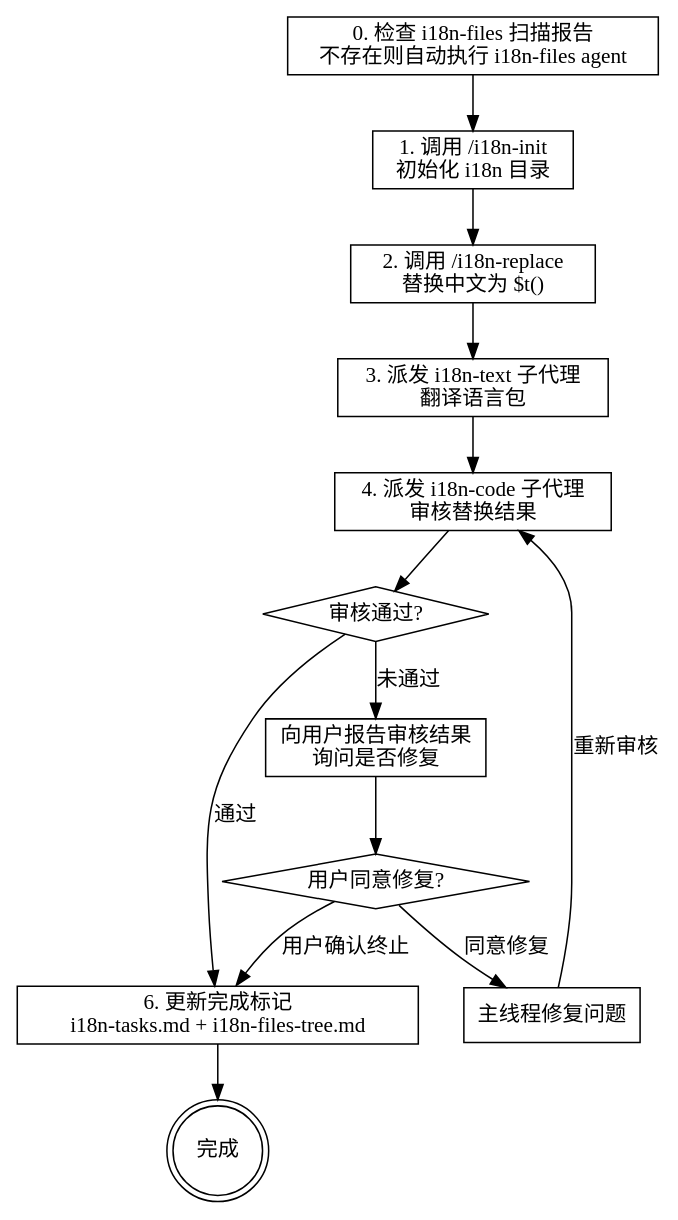
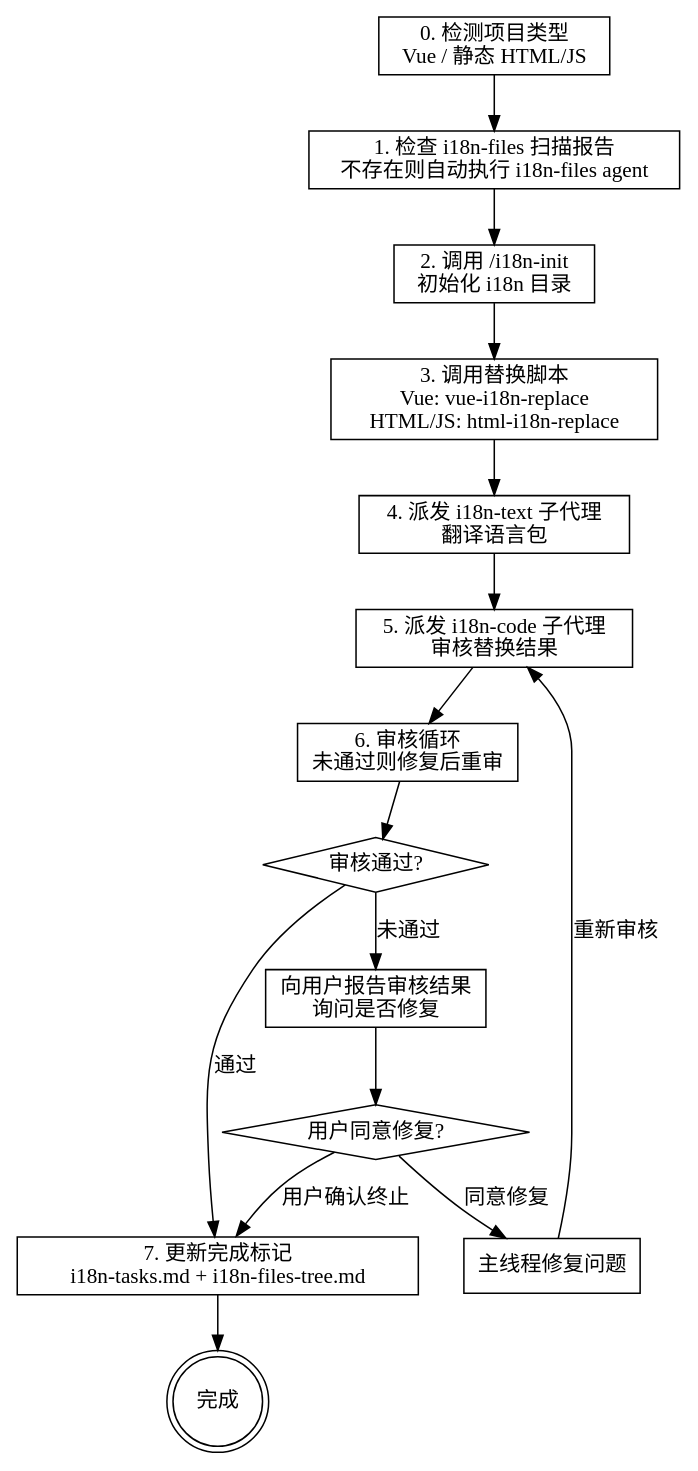
The diagram in skills/i18n-workflow/SKILL.md (Chyelong/i18n-vue-plugin), drawn with Graphviz before and after one commit. The commit also changed other lines of this file and 13 other files, not shown here.

````diff
--- a/skills/i18n-workflow/SKILL.md
+++ b/skills/i18n-workflow/SKILL.md
@@ -27,29 +42,33 @@
 ```dot
 digraph i18n_workflow {
     rankdir=TB;
-    "0. scan" [shape=box, label="0. 检查 i18n-files 扫描报告\n不存在则自动执行 i18n-files agent"];
-    "1. init" [shape=box, label="1. 调用 /i18n-init\n初始化 i18n 目录"];
-    "2. replace" [shape=box, label="2. 调用 /i18n-replace\n替换中文为 $t()"];
-    "3. translate" [shape=box, label="3. 派发 i18n-text 子代理\n翻译语言包"];
-    "4. review" [shape=box, label="4. 派发 i18n-code 子代理\n审核替换结果"];
+    "detect" [shape=box, label="0. 检测项目类型\nVue / 静态 HTML/JS"];
+    "scan" [shape=box, label="1. 检查 i18n-files 扫描报告\n不存在则自动执行 i18n-files agent"];
+    "init" [shape=box, label="2. 调用 /i18n-init\n初始化 i18n 目录"];
+    "replace" [shape=box, label="3. 调用替换脚本\nVue: vue-i18n-replace\nHTML/JS: html-i18n-replace"];
+    "translate" [shape=box, label="4. 派发 i18n-text 子代理\n翻译语言包"];
+    "review" [shape=box, label="5. 派发 i18n-code 子代理\n审核替换结果"];
+    "loop" [shape=box, label="6. 审核循环\n未通过则修复后重审"];
     "pass?" [shape=diamond, label="审核通过?"];
     "report" [shape=box, label="向用户报告审核结果\n询问是否修复"];
     "fix?" [shape=diamond, label="用户同意修复?"];
     "fix" [shape=box, label="主线程修复问题"];
-    "6. mark" [shape=box, label="6. 更新完成标记\ni18n-tasks.md + i18n-files-tree.md"];
+    "mark" [shape=box, label="7. 更新完成标记\ni18n-tasks.md + i18n-files-tree.md"];
     "done" [shape=doublecircle, label="完成"];
 
-    "0. scan" -> "1. init";
-    "1. init" -> "2. replace";
-    "2. replace" -> "3. translate";
-    "3. translate" -> "4. review";
-    "4. review" -> "pass?";
-    "pass?" -> "6. mark" [label="通过"];
+    "detect" -> "scan";
+    "scan" -> "init";
+    "init" -> "replace";
+    "replace" -> "translate";
+    "translate" -> "review";
+    "review" -> "loop";
+    "loop" -> "pass?";
+    "pass?" -> "mark" [label="通过"];
     "pass?" -> "report" [label="未通过"];
-    "report" -> "fix?" ;
-    "fix?" -> "6. mark" [label="用户确认终止"];
+    "report" -> "fix?";
+    "fix?" -> "mark" [label="用户确认终止"];
     "fix?" -> "fix" [label="同意修复"];
-    "fix" -> "4. review" [label="重新审核"];
-    "6. mark" -> "done";
+    "fix" -> "review" [label="重新审核"];
+    "mark" -> "done";
 }
 ```
````
